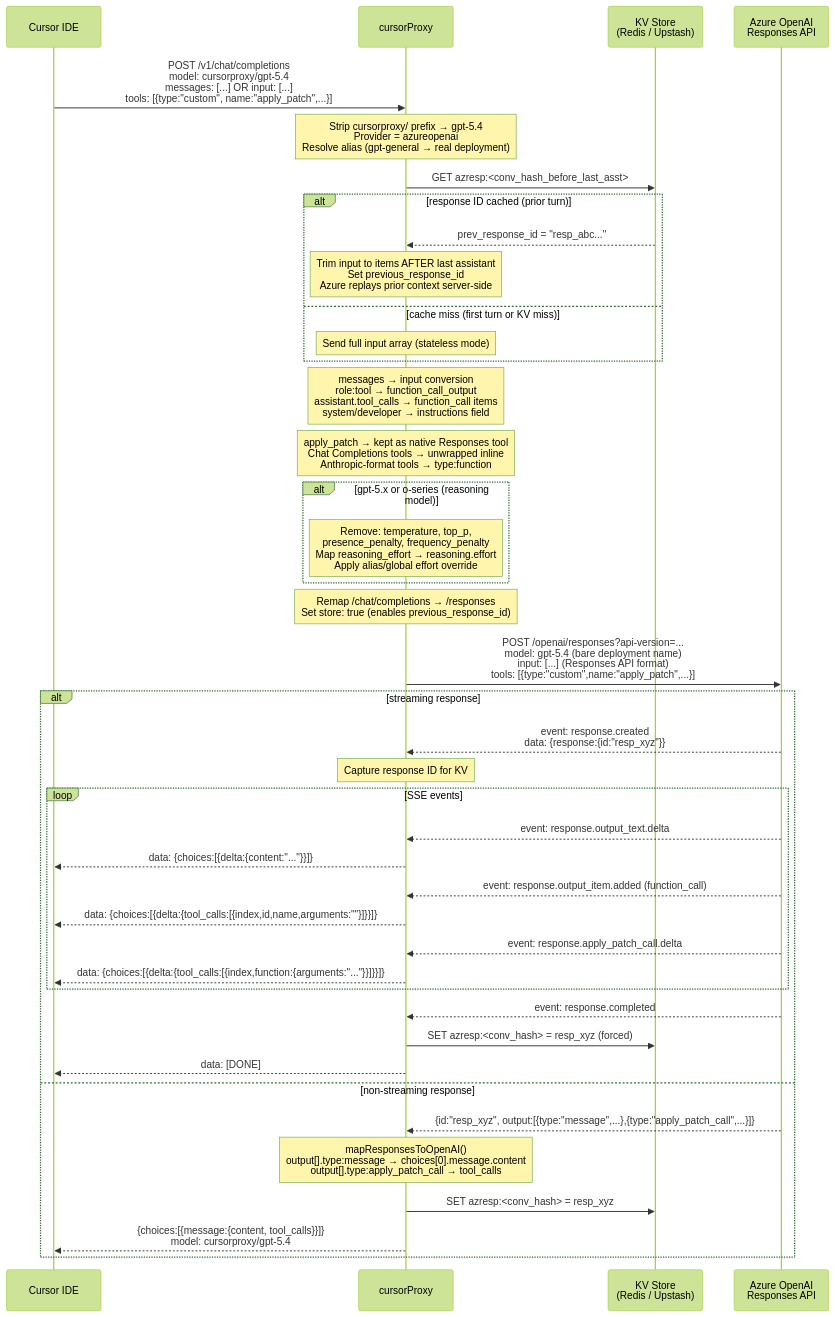
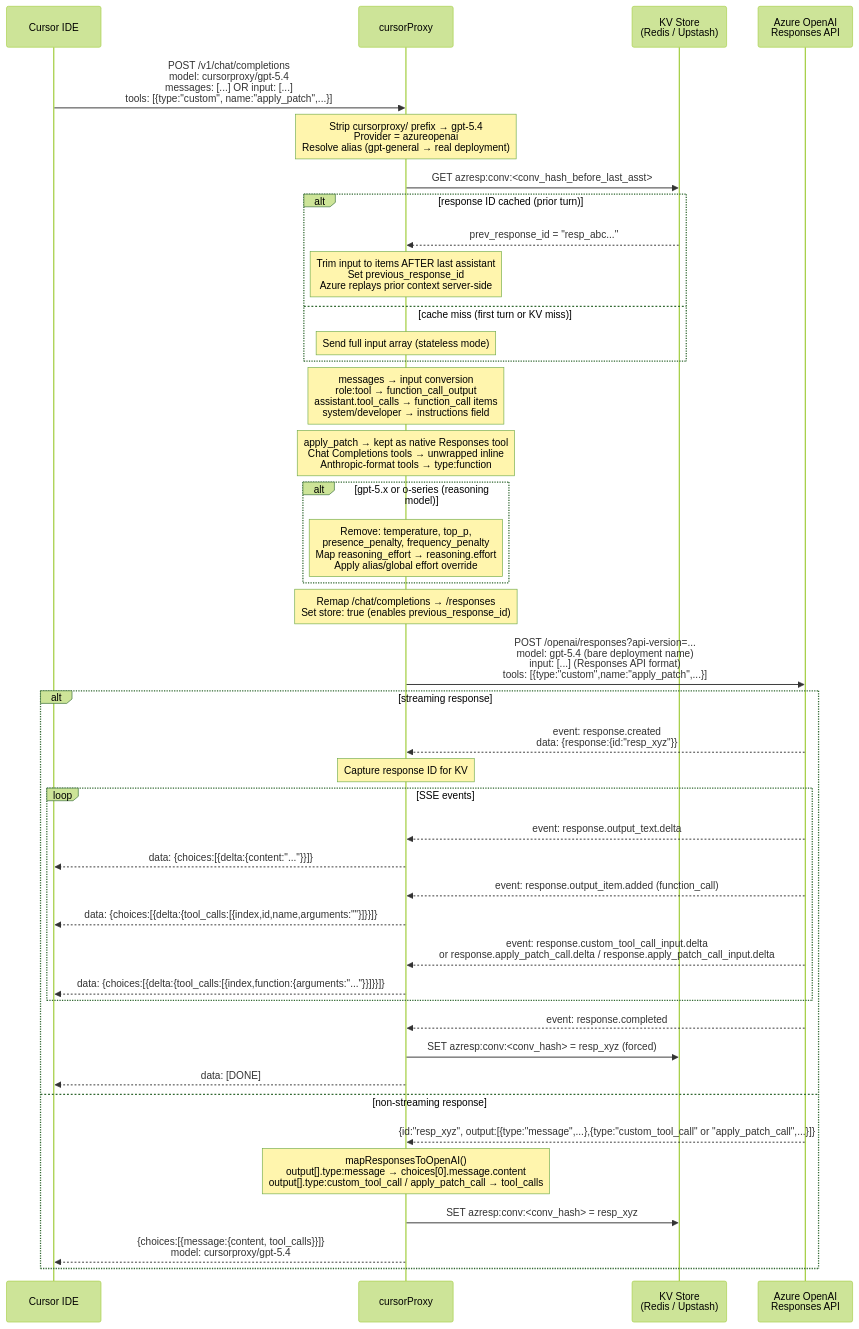
The second of 6 diagrams in doc/azure-openai.md (lqdflying/cursorProxy), drawn with Mermaid (forest theme) before and after one commit. The commit also changed other lines of this file and 7 other files, not shown here.

````diff
--- a/doc/azure-openai.md
+++ b/doc/azure-openai.md
@@ -24,61 +24,61 @@
 ```mermaid
 sequenceDiagram
     participant C as Cursor IDE
     participant P as cursorProxy
     participant KV as KV Store<br/>(Redis / Upstash)
     participant AZ as Azure OpenAI<br/>Responses API
 
     C->>P: POST /v1/chat/completions<br/>model: cursorproxy/gpt-5.4<br/>messages: [...] OR input: [...]<br/>tools: [{type:"custom", name:"apply_patch",...}]
 
     Note over P: Strip cursorproxy/ prefix → gpt-5.4<br/>Provider = azureopenai<br/>Resolve alias (gpt-general → real deployment)
 
     %% Response ID chaining
-    P->>KV: GET azresp:<conv_hash_before_last_asst>
+    P->>KV: GET azresp:conv:<conv_hash_before_last_asst>
     alt response ID cached (prior turn)
         KV-->>P: prev_response_id = "resp_abc..."
         Note over P: Trim input to items AFTER last assistant<br/>Set previous_response_id<br/>Azure replays prior context server-side
     else cache miss (first turn or KV miss)
         Note over P: Send full input array (stateless mode)
     end
 
     %% Format conversion
     Note over P: messages → input conversion<br/>role:tool → function_call_output<br/>assistant.tool_calls → function_call items<br/>system/developer → instructions field
 
     %% Tool normalization
     Note over P: apply_patch → kept as native Responses tool<br/>Chat Completions tools → unwrapped inline<br/>Anthropic-format tools → type:function
 
     %% Sanitize body for reasoning models
     alt gpt-5.x or o-series (reasoning model)
         Note over P: Remove: temperature, top_p,<br/>presence_penalty, frequency_penalty<br/>Map reasoning_effort → reasoning.effort<br/>Apply alias/global effort override
     end
 
     Note over P: Remap /chat/completions → /responses<br/>Set store: true (enables previous_response_id)
 
     P->>AZ: POST /openai/responses?api-version=...<br/>model: gpt-5.4 (bare deployment name)<br/>input: [...] (Responses API format)<br/>tools: [{type:"custom",name:"apply_patch",...}]
 
     alt streaming response
         AZ-->>P: event: response.created<br/>data: {response:{id:"resp_xyz"}}
         Note over P: Capture response ID for KV
 
         loop SSE events
             AZ-->>P: event: response.output_text.delta
             P-->>C: data: {choices:[{delta:{content:"..."}}]}
 
             AZ-->>P: event: response.output_item.added (function_call)
             P-->>C: data: {choices:[{delta:{tool_calls:[{index,id,name,arguments:""}]}}]}
 
-            AZ-->>P: event: response.apply_patch_call.delta
+            AZ-->>P: event: response.custom_tool_call_input.delta<br/>or response.apply_patch_call.delta / response.apply_patch_call_input.delta
             P-->>C: data: {choices:[{delta:{tool_calls:[{index,function:{arguments:"..."}}]}}]}
         end
 
         AZ-->>P: event: response.completed
-        P->>KV: SET azresp:<conv_hash> = resp_xyz (forced)
+        P->>KV: SET azresp:conv:<conv_hash> = resp_xyz (forced)
         P-->>C: data: [DONE]
 
     else non-streaming response
-        AZ-->>P: {id:"resp_xyz", output:[{type:"message",...},{type:"apply_patch_call",...}]}
-        Note over P: mapResponsesToOpenAI()<br/>output[].type:message → choices[0].message.content<br/>output[].type:apply_patch_call → tool_calls
-        P->>KV: SET azresp:<conv_hash> = resp_xyz
+        AZ-->>P: {id:"resp_xyz", output:[{type:"message",...},{type:"custom_tool_call" or "apply_patch_call",...}]}
+        Note over P: mapResponsesToOpenAI()<br/>output[].type:message → choices[0].message.content<br/>output[].type:custom_tool_call / apply_patch_call → tool_calls
+        P->>KV: SET azresp:conv:<conv_hash> = resp_xyz
         P-->>C: {choices:[{message:{content, tool_calls}}]}<br/>model: cursorproxy/gpt-5.4
     end
 ```
````
